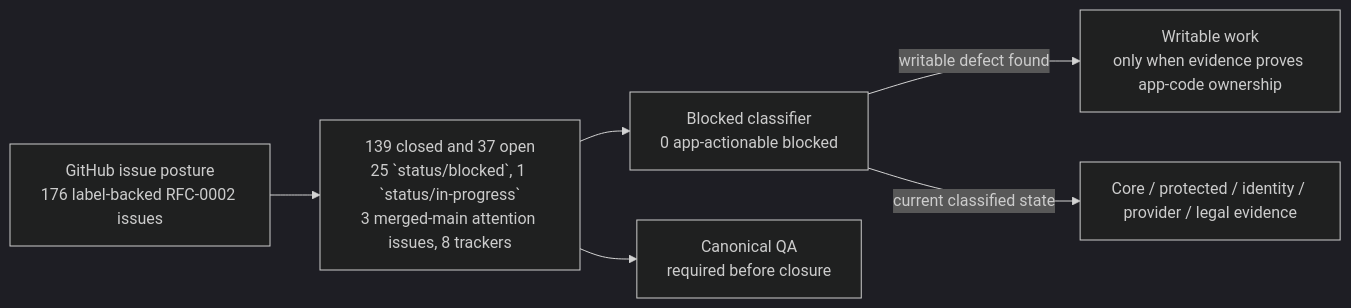
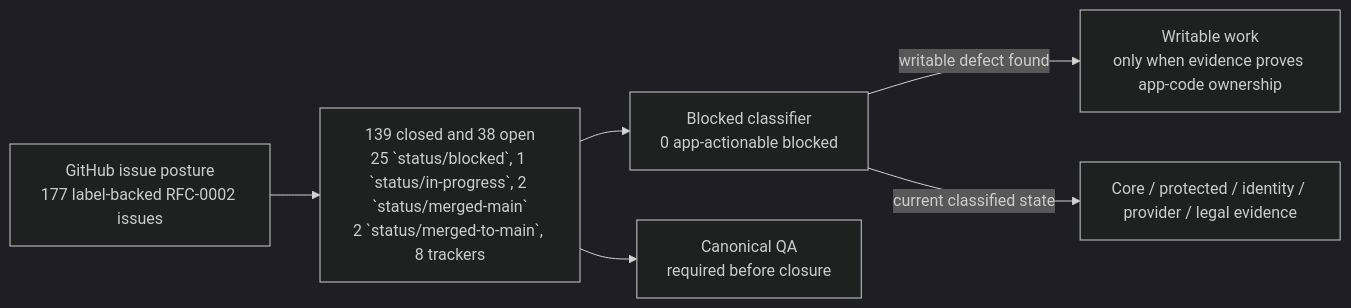
One commit to sgajbi/lotus-idea changed the first of 2 diagrams in wiki/RFC-0002-Execution-Status.md. Above: the diagram before and after it, drawn with Mermaid (dark theme). The commit also changed other lines of this file and 7 other files, not shown here.

Commit message:
docs(rfc0002): sync issue 1020 merged-main truth

````diff
--- a/wiki/RFC-0002-Execution-Status.md
+++ b/wiki/RFC-0002-Execution-Status.md
@@ -39,15 +39,15 @@
 ```mermaid
 flowchart LR
-    Issues["GitHub issue posture<br/>176 label-backed RFC-0002 issues"]
-    Open["139 closed and 37 open<br/>25 `status/blocked`, 1 `status/in-progress`<br/>3 merged-main attention issues, 8 trackers"]
+    Issues["GitHub issue posture<br/>177 label-backed RFC-0002 issues"]
+    Open["139 closed and 38 open<br/>25 `status/blocked`, 1 `status/in-progress`, 2 `status/merged-main`<br/>2 `status/merged-to-main`, 8 trackers"]
     Blocked["Blocked classifier<br/>0 app-actionable blocked"]
     Work["Writable work<br/>only when evidence proves app-code ownership"]
     External["Core / protected / identity / provider / legal evidence"]
     QA["Canonical QA<br/>required before closure"]
 
     Issues --> Open
     Open --> Blocked
     Blocked -->|"writable defect found"| Work
     Blocked -->|"current classified state"| External
     Open --> QA
 ```
````
